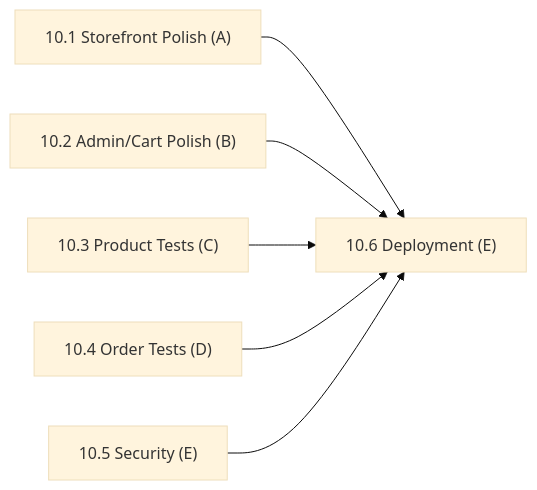
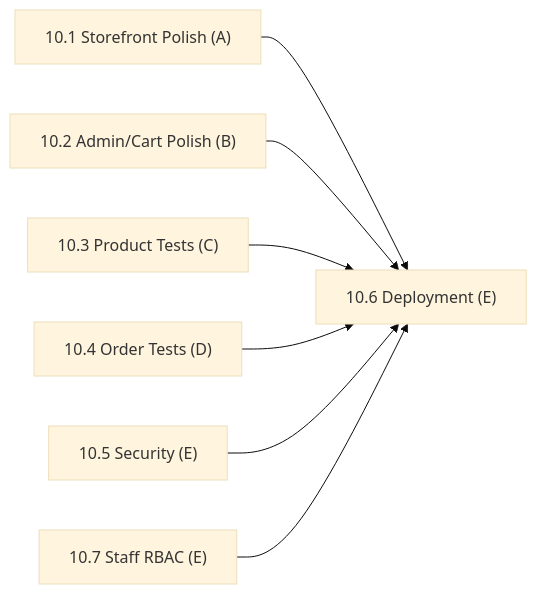
Before and after one commit to Ranuja-Jayawardena/BrightBuy: the diagram in Docs/Phases/Phase10-Polish-Testing-Deployment/phase10-polish-testing-deployment.md, drawn with Mermaid (base theme). The commit also changed other lines of this file and 15 other files, not shown here.

Commit message:
feat(auth): complete subphase 10.7 staff RBAC implementation and verification

````diff
--- a/Docs/Phases/Phase10-Polish-Testing-Deployment/phase10-polish-testing-deployment.md
+++ b/Docs/Phases/Phase10-Polish-Testing-Deployment/phase10-polish-testing-deployment.md
@@ -42,8 +44,9 @@
 ```mermaid
 graph LR
     S101["10.1 Storefront Polish (A)"] --> S106["10.6 Deployment (E)"]
     S102["10.2 Admin/Cart Polish (B)"] --> S106
     S103["10.3 Product Tests (C)"] --> S106
     S104["10.4 Order Tests (D)"] --> S106
     S105["10.5 Security (E)"] --> S106
+    S107["10.7 Staff RBAC (E)"] --> S106
 ```
````
